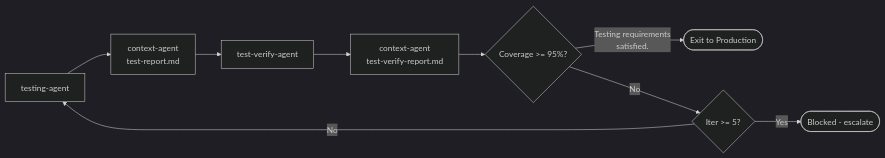
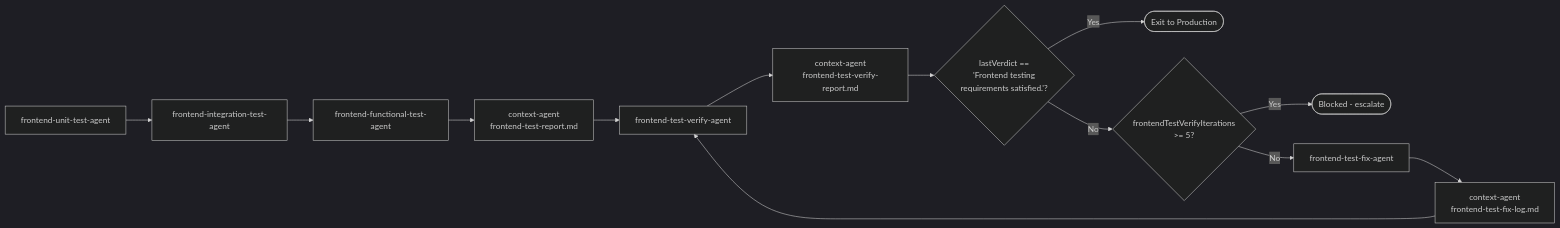
The fifth of 8 diagrams in .cursor/agents/ARCHITECTURE.md (priyam-qo-box/agents), drawn with Mermaid (dark theme) before and after one commit. The commit also changed other lines of this file and 18 other files, not shown here.

````diff
--- a/.cursor/agents/ARCHITECTURE.md
+++ b/.cursor/agents/ARCHITECTURE.md
@@ -112,11 +118,14 @@
 ```mermaid
 flowchart LR
-    A[testing-agent] --> B["context-agent<br/>test-report.md"]
-    B --> C[test-verify-agent]
-    C --> D["context-agent<br/>test-verify-report.md"]
-    D --> E{Coverage >= 95%?}
-    E -->|"Testing requirements<br/>satisfied."| Exit([Exit to Production])
-    E -->|No| F{Iter >= 5?}
-    F -->|Yes| Stop([Blocked - escalate])
-    F -->|No| A
+    G1[frontend-unit-test-agent] --> G2[frontend-integration-test-agent] --> G3[frontend-functional-test-agent]
+    G3 --> P["context-agent<br/>frontend-test-report.md"]
+    P --> A[frontend-test-verify-agent]
+    A --> B["context-agent<br/>frontend-test-verify-report.md"]
+    B --> C{"lastVerdict ==<br/>'Frontend testing<br/>requirements satisfied.'?"}
+    C -->|Yes| Exit([Exit to Production])
+    C -->|No| D{frontendTestVerifyIterations<br/>>= 5?}
+    D -->|Yes| Stop([Blocked - escalate])
+    D -->|No| E[frontend-test-fix-agent]
+    E --> F["context-agent<br/>frontend-test-fix-log.md"]
+    F --> A
 ```
````
